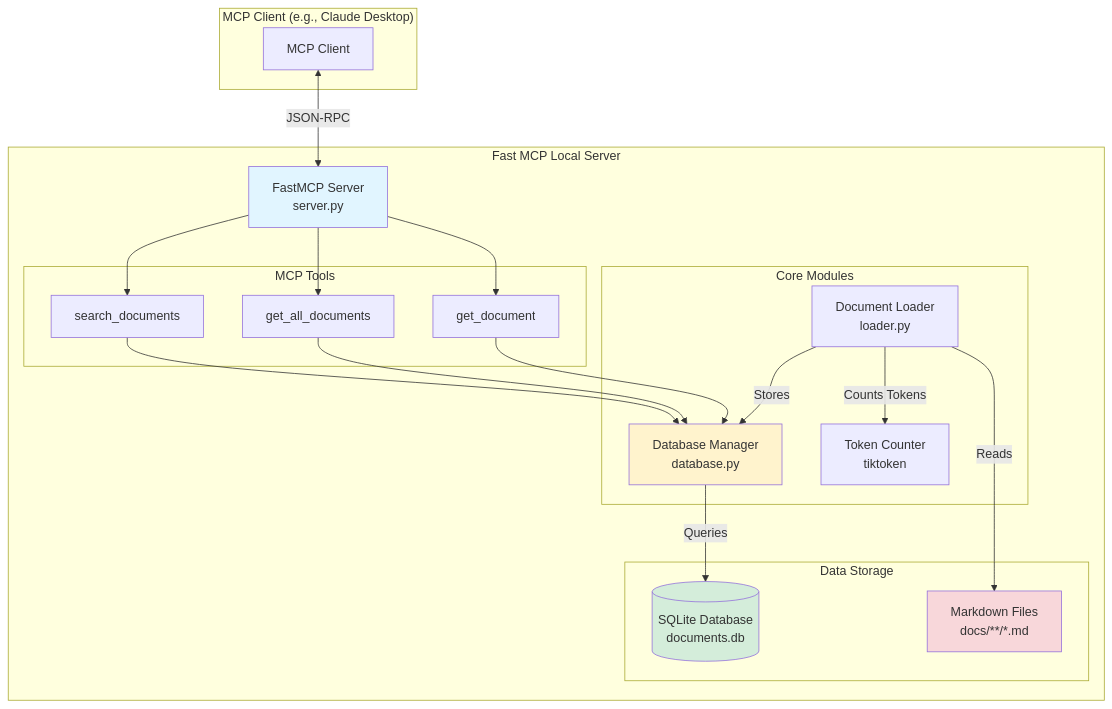
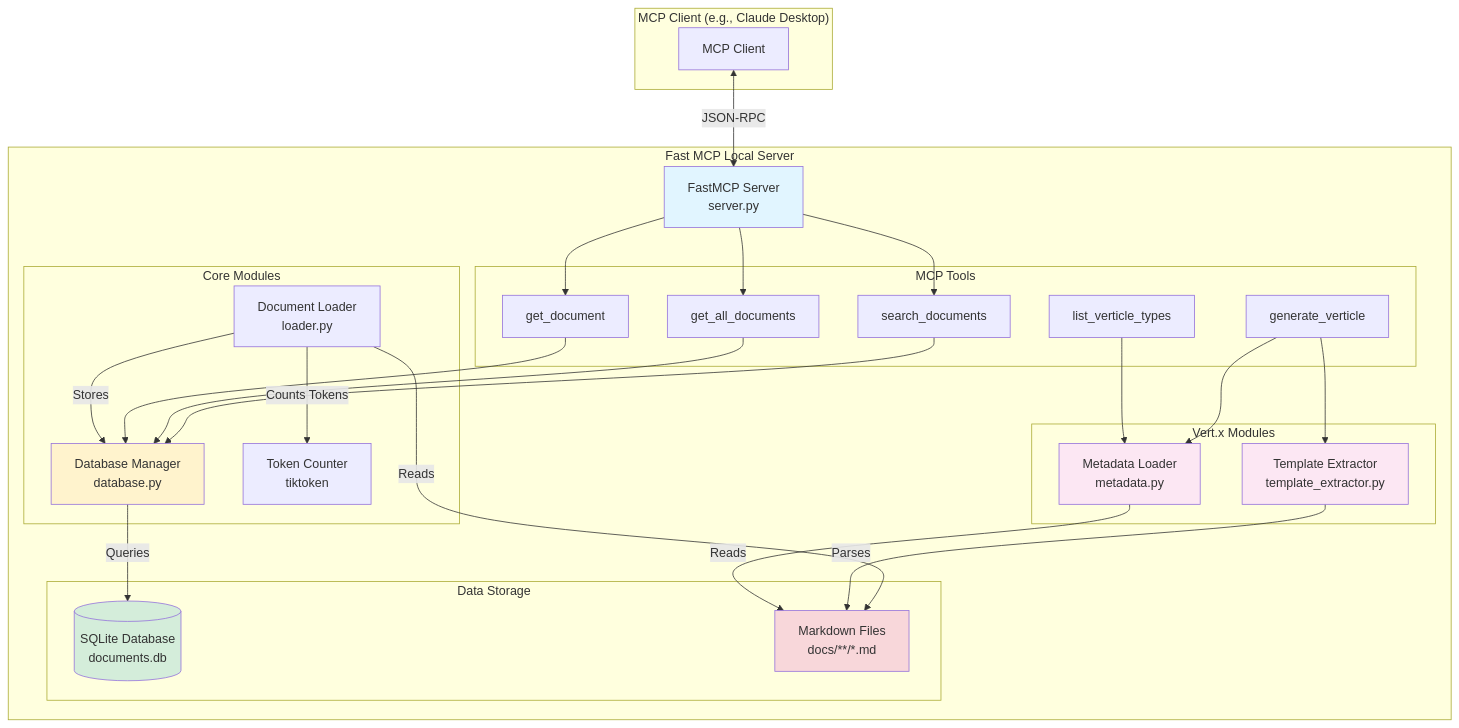
One commit to karthik78180/fast-mcp-local changed the first of 4 diagrams in ARCHITECTURE.md. Above: the diagram before and after it, drawn with Mermaid. The commit also changed other lines of this file and 16 other files, not shown here.

First line of the commit message:
Add Vert.x verticle code generation feature

````diff
--- a/ARCHITECTURE.md
+++ b/ARCHITECTURE.md
@@ -9,46 +9,61 @@
 ```mermaid
 graph TB
     subgraph "MCP Client (e.g., Claude Desktop)"
         Client[MCP Client]
     end
 
     subgraph "Fast MCP Local Server"
         Server[FastMCP Server<br/>server.py]
 
         subgraph "Core Modules"
             Loader[Document Loader<br/>loader.py]
             DB[Database Manager<br/>database.py]
             Tokenizer[Token Counter<br/>tiktoken]
         end
 
         subgraph "Data Storage"
             SQLite[(SQLite Database<br/>documents.db)]
             Files[Markdown Files<br/>docs/**/*.md]
         end
 
         subgraph "MCP Tools"
             T1[search_documents]
             T2[get_all_documents]
             T3[get_document]
+            T4[generate_verticle]
+            T5[list_verticle_types]
+        end
+
+        subgraph "Vert.x Modules"
+            TE[Template Extractor<br/>template_extractor.py]
+            Meta[Metadata Loader<br/>metadata.py]
         end
     end
 
     Client <-->|JSON-RPC| Server
     Server --> T1
     Server --> T2
     Server --> T3
 
     T1 --> DB
     T2 --> DB
     T3 --> DB
+    T4 --> TE
+    T4 --> Meta
+    T5 --> Meta
 
     Loader -->|Reads| Files
     Loader -->|Counts Tokens| Tokenizer
     Loader -->|Stores| DB
     DB -->|Queries| SQLite
 
+    TE -->|Parses| Files
+    Meta -->|Reads| Files
+
     style Server fill:#e1f5ff
     style DB fill:#fff3cd
     style SQLite fill:#d4edda
     style Files fill:#f8d7da
+    style TE fill:#fce7f3
+    style Meta fill:#fce7f3
 ```
````
